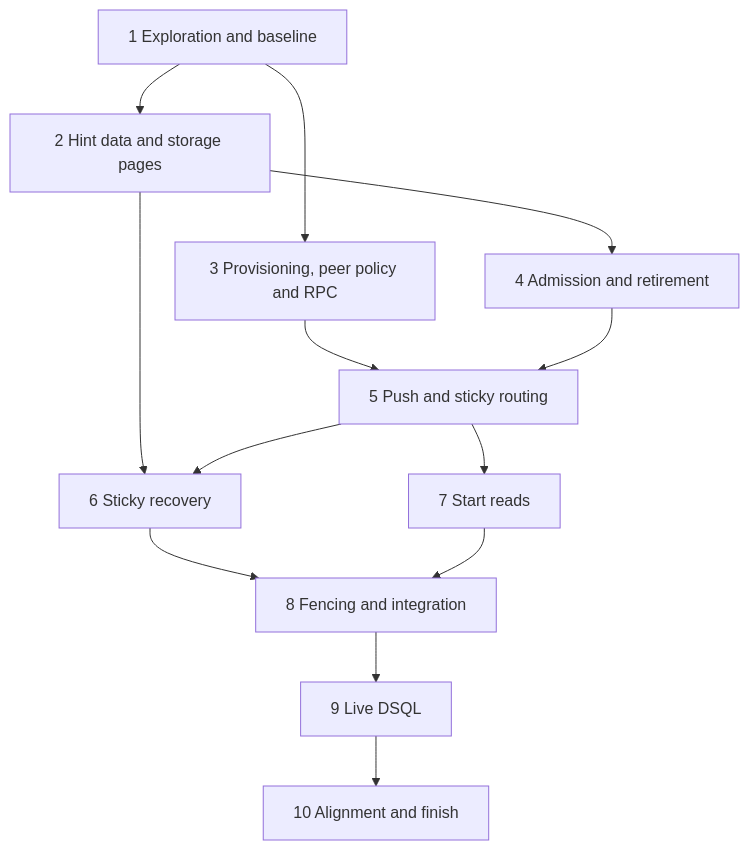
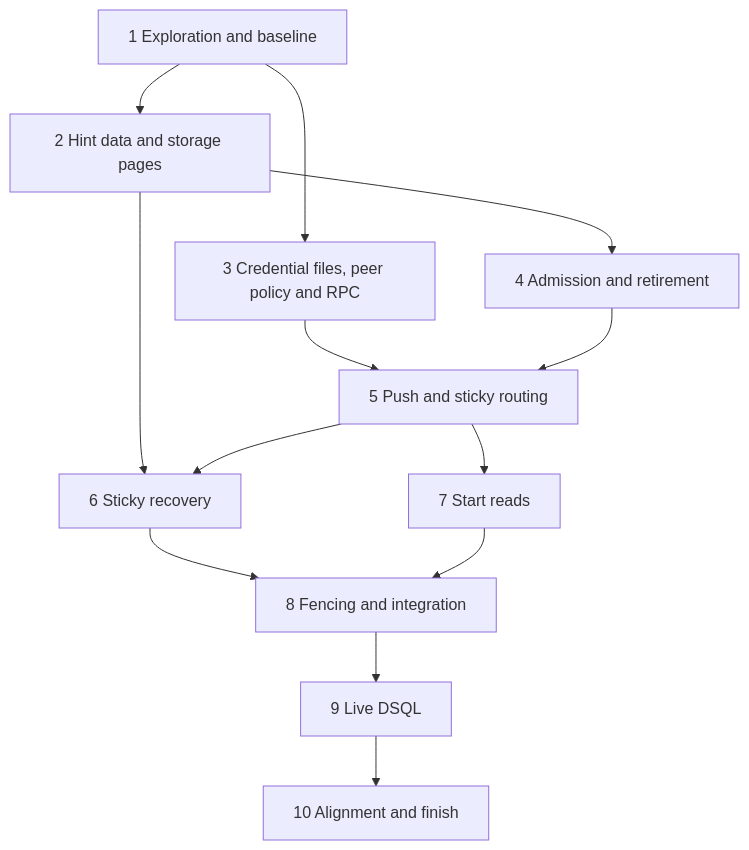
One commit to tokeira/tokeira changed the diagram in .kiro/specs/queue-home-delivery/tasks.md. Above: the diagram before and after it, drawn with Mermaid. The commit also changed other lines of this file and 27 other files, not shown here.

````diff
--- a/.kiro/specs/queue-home-delivery/tasks.md
+++ b/.kiro/specs/queue-home-delivery/tasks.md
@@ -217,15 +207,15 @@
 ```mermaid
 graph TD
     T1[1 Exploration and baseline] --> T2[2 Hint data and storage pages]
-    T1 --> T3[3 Provisioning, peer policy and RPC]
+    T1 --> T3[3 Credential files, peer policy and RPC]
     T2 --> T4[4 Admission and retirement]
     T3 --> T5[5 Push and sticky routing]
     T4 --> T5
     T2 --> T6[6 Sticky recovery]
     T5 --> T6
     T5 --> T7[7 Start reads]
     T6 --> T8[8 Fencing and integration]
     T7 --> T8
     T8 --> T9[9 Live DSQL]
     T9 --> T10[10 Alignment and finish]
 ```
````
